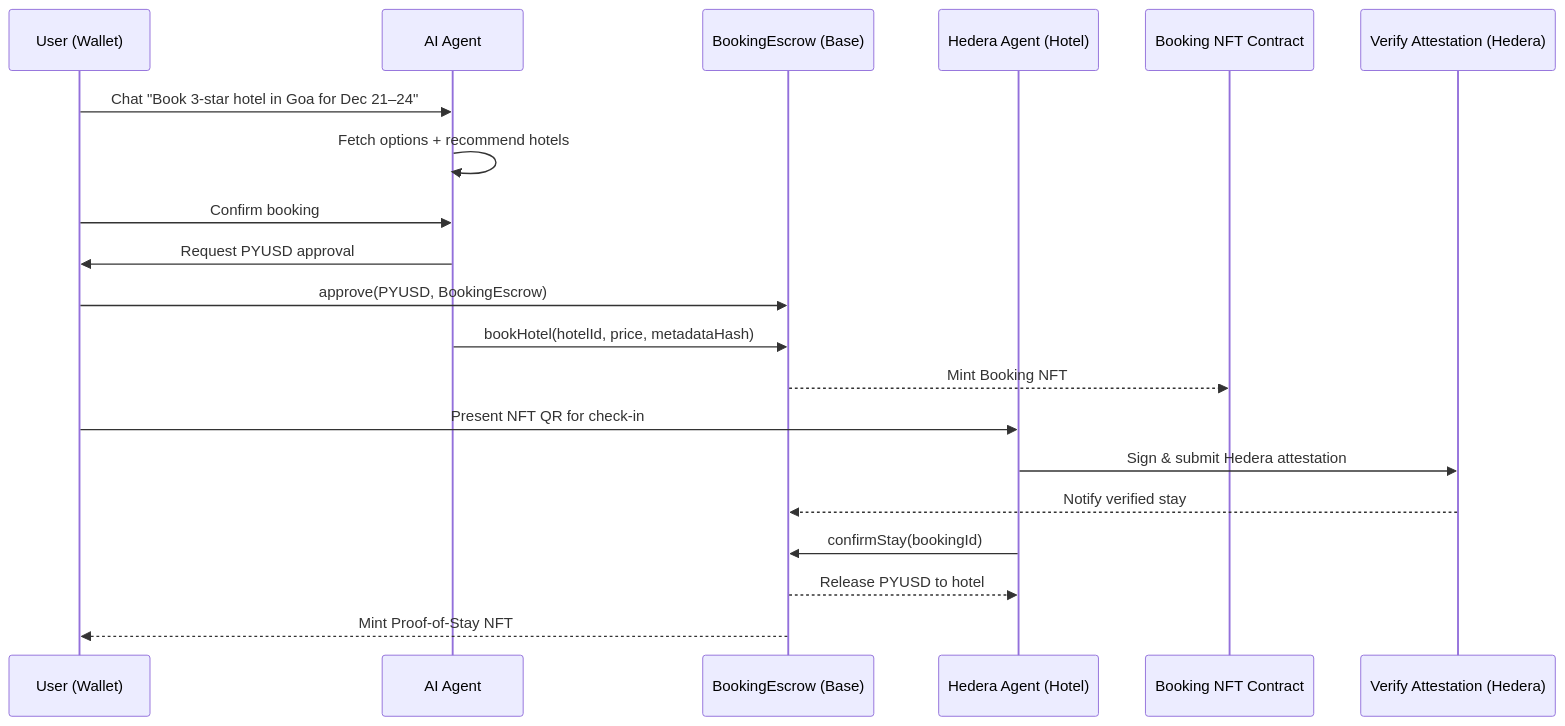
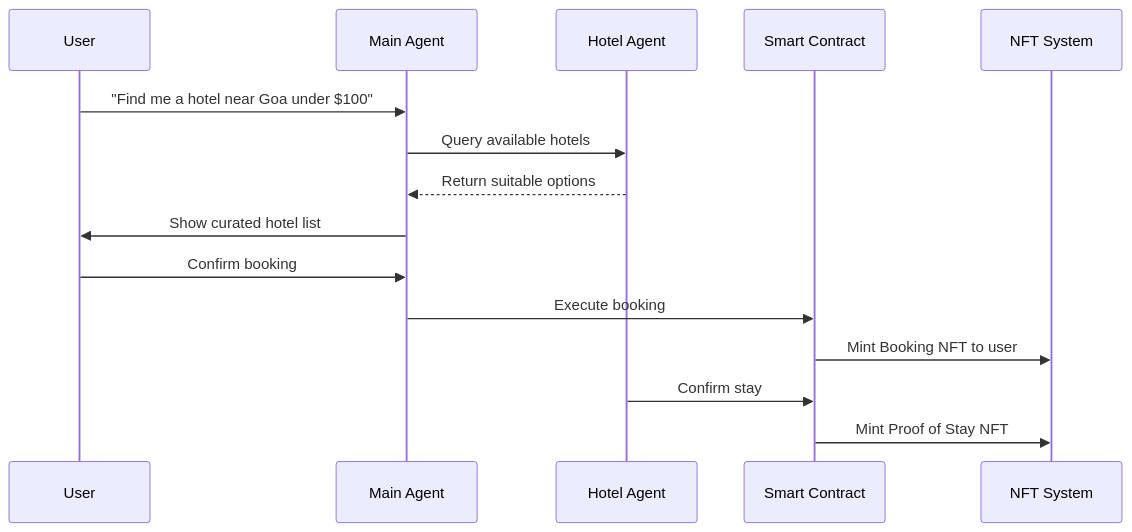
Before and after one commit to AshleshPrabhu/VeriTravel: the diagram in README.md, drawn with Mermaid. The commit also changed other lines of this file, not shown here.

````diff
--- a/README.md
+++ b/README.md
@@ -117,23 +118,18 @@
 ```mermaid
 sequenceDiagram
-    participant U as User (Wallet)
-    participant A as AI Agent
-    participant B as BookingEscrow (Base)
-    participant H as Hedera Agent (Hotel)
-    participant N as Booking NFT Contract
-    participant V as Verify Attestation (Hedera)
-    
-    U->>A: Chat "Book 3-star hotel in Goa for Dec 21–24"
-    A->>A: Fetch options + recommend hotels
-    U->>A: Confirm booking
-    A->>U: Request PYUSD approval
-    U->>B: approve(PYUSD, BookingEscrow)
-    A->>B: bookHotel(hotelId, price, metadataHash)
-    B-->>N: Mint Booking NFT
-    U->>H: Present NFT QR for check-in
-    H->>V: Sign & submit Hedera attestation
-    V-->>B: Notify verified stay
-    H->>B: confirmStay(bookingId)
-    B-->>H: Release PYUSD to hotel
-    B-->>U: Mint Proof-of-Stay NFT
+    participant U as User
+    participant MA as Main Agent
+    participant HA as Hotel Agent
+    participant SC as Smart Contract
+    participant NFT as NFT System
+
+    U->>MA: "Find me a hotel near Goa under $100"
+    MA->>HA: Query available hotels
+    HA-->>MA: Return suitable options
+    MA->>U: Show curated hotel list
+    U->>MA: Confirm booking
+    MA->>SC: Execute booking
+    SC->>NFT: Mint Booking NFT to user
+    HA->>SC: Confirm stay
+    SC->>NFT: Mint Proof of Stay NFT
 ```
````
